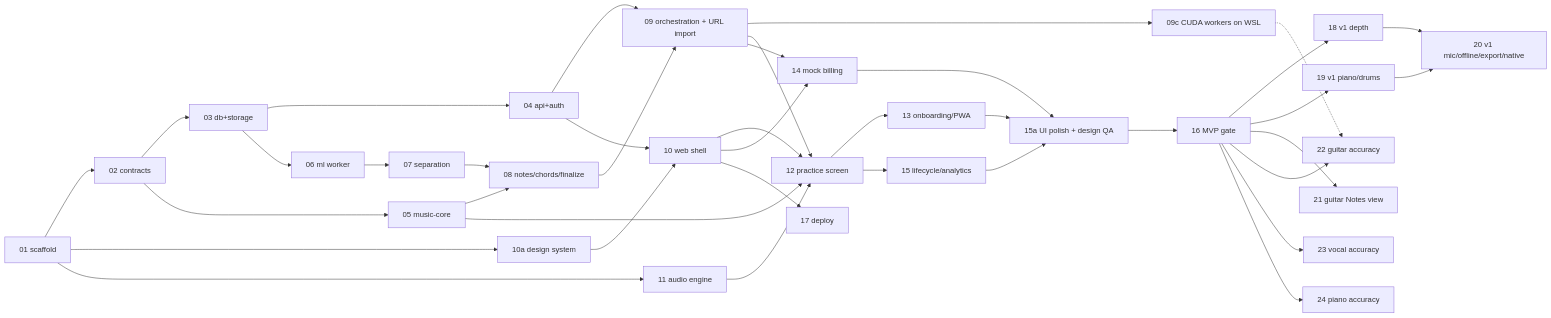
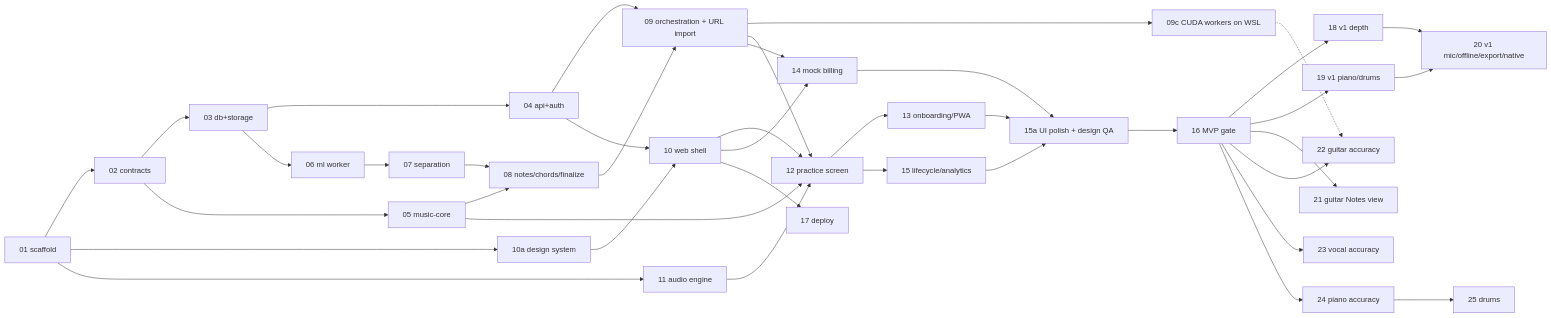
The diagram in docs/steps/README.md (hnatien/Splitune), drawn with Mermaid before and after one commit. The commit also changed other lines of this file and 4 other files, not shown here.

````diff
--- a/docs/steps/README.md
+++ b/docs/steps/README.md
@@ -45,24 +46,25 @@
 ```mermaid
 flowchart LR
   S01[01 scaffold] --> S02[02 contracts] --> S03[03 db+storage] --> S04[04 api+auth]
   S02 --> S05[05 music-core]
   S03 --> S06[06 ml worker] --> S07[07 separation] --> S08[08 notes/chords/finalize]
   S05 --> S08
   S04 & S08 --> S09[09 orchestration + URL import]
   S09 --> S09c[09c CUDA workers on WSL]
   S01 --> S10a[10a design system] --> S10[10 web shell]
   S04 --> S10
   S01 --> S11[11 audio engine]
   S05 & S09 & S10 & S11 --> S12[12 practice screen]
   S12 --> S13[13 onboarding/PWA]
   S09 & S10 --> S14[14 mock billing]
   S12 --> S15[15 lifecycle/analytics]
   S13 & S14 & S15 --> S15a[15a UI polish + design QA] --> S16[16 MVP gate]
   S10 --> S17[17 deploy]
   S16 --> S18[18 v1 depth] & S19[19 v1 piano/drums] --> S20[20 v1 mic/offline/export/native]
   S16 --> S21[21 guitar Notes view]
   S16 --> S22[22 guitar accuracy]
   S16 --> S23[23 vocal accuracy]
   S16 --> S24[24 piano accuracy]
+  S24 --> S25[25 drums]
   S09c -.-> S22
 ```
````
